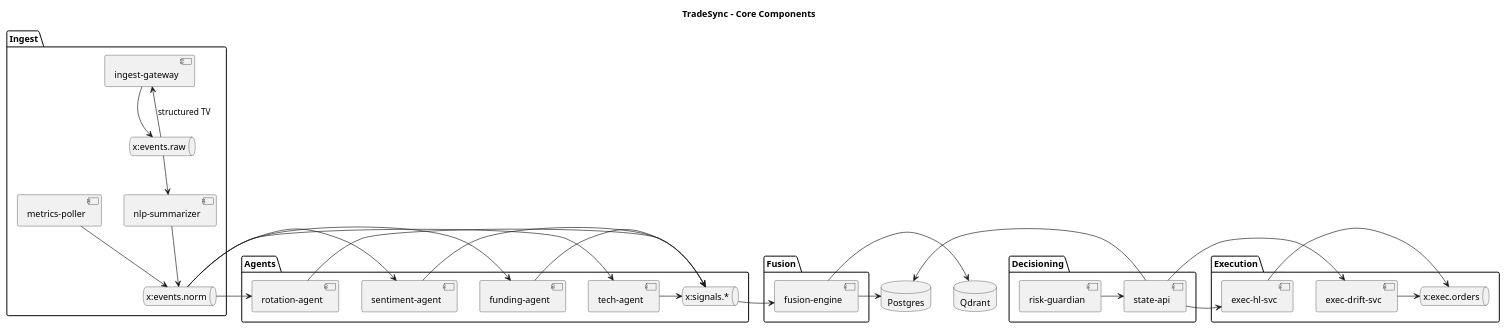
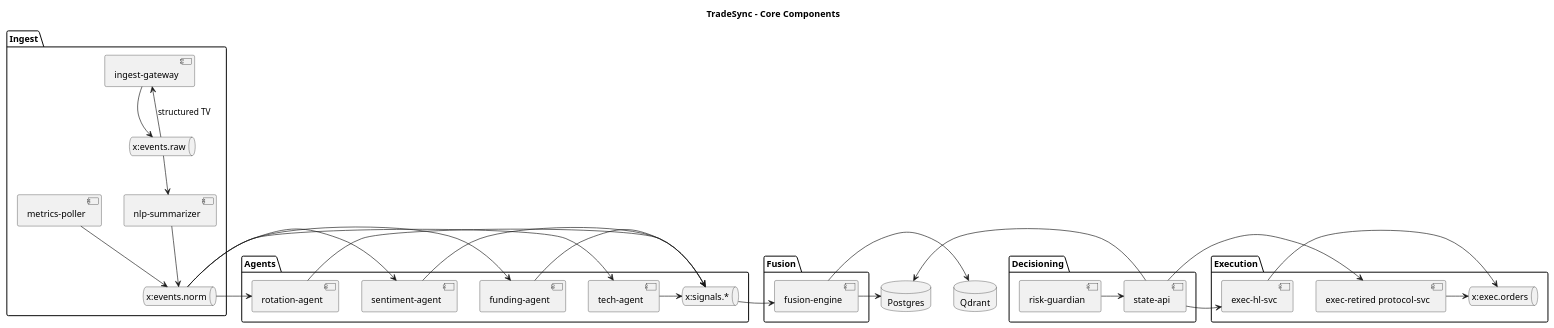
One commit to chasedndt/TradeSync changed the diagram in docs/diagrams/components-core.puml. Above: the diagram before and after it, drawn with PlantUML. The commit also changed 85 other files, not shown here.

```diff
--- a/docs/diagrams/components-core.puml
+++ b/docs/diagrams/components-core.puml
@@ -1,64 +1,64 @@
 @startuml
 title TradeSync – Core Components
 
 package "Ingest" {
   [ingest-gateway]
   queue "x:events.raw"
   [nlp-summarizer]
   [metrics-poller]
   queue "x:events.norm"
 }
 
 package "Agents" {
   [tech-agent]
   [funding-agent]
   [sentiment-agent]
   [rotation-agent]
   queue "x:signals.*"
 }
 
 package "Fusion" {
   [fusion-engine]
 }
 
 package "Decisioning" {
   [risk-guardian]
   [state-api]
 }
 
 package "Execution" {
-  [exec-drift-svc]
+  [exec-retired protocol-svc]
   [exec-hl-svc]
   queue "x:exec.orders"
 }
 
 database "Postgres"
 database "Qdrant"
 
 [ingest-gateway] -> "x:events.raw"
 [nlp-summarizer] -down-> "x:events.norm"
 [metrics-poller] -down-> "x:events.norm"
 "x:events.raw" -down-> [nlp-summarizer]
 "x:events.raw" -down-> [ingest-gateway] : structured TV
 
 "x:events.norm" -right-> [tech-agent]
 "x:events.norm" -right-> [funding-agent]
 "x:events.norm" -right-> [sentiment-agent]
 "x:events.norm" -right-> [rotation-agent]
 
 [tech-agent] -> "x:signals.*"
 [funding-agent] -> "x:signals.*"
 [sentiment-agent] -> "x:signals.*"
 [rotation-agent] -> "x:signals.*"
 
 "x:signals.*" -right-> [fusion-engine]
 [fusion-engine] -> Postgres
 [fusion-engine] -> Qdrant
 
 [state-api] -> Postgres
 [risk-guardian] -> [state-api]
-[state-api] -> [exec-drift-svc]
+[state-api] -> [exec-retired protocol-svc]
 [state-api] -> [exec-hl-svc]
-[exec-drift-svc] -> "x:exec.orders"
+[exec-retired protocol-svc] -> "x:exec.orders"
 [exec-hl-svc] -> "x:exec.orders"
 @enduml
```
